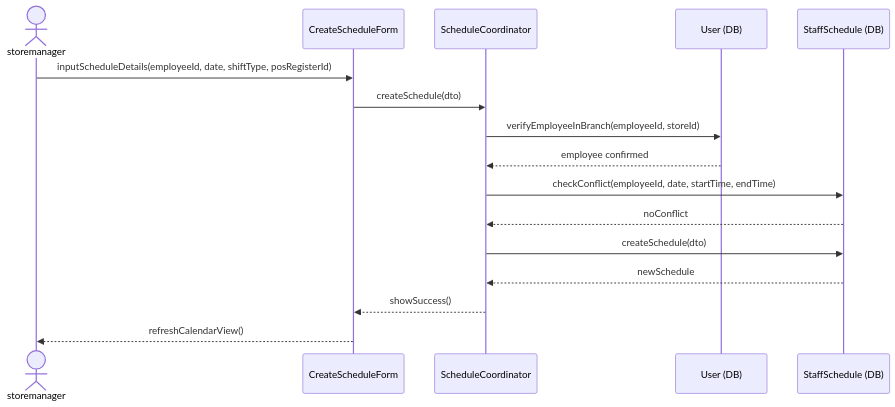
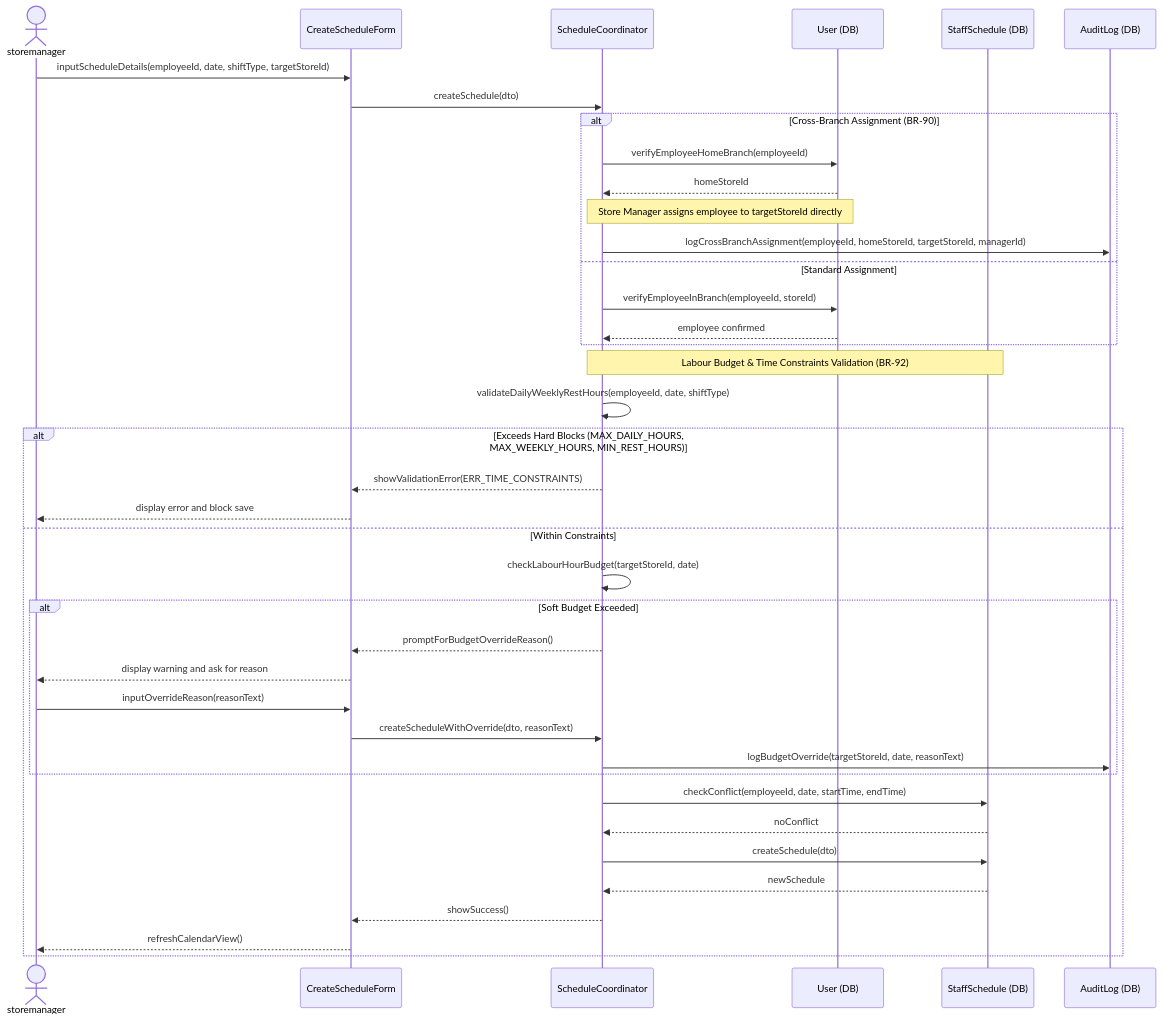
Before and after one commit to Shaichi/Khoga_coffe_shop: the second of 5 diagrams in rds_sections/12_detailed_3_9_staff_management.md, drawn with Mermaid. The commit also changed other lines of this file and 7 other files, not shown here.

Commit message:
docs: sync RDS database and diagrams with SRS and fix inventory deduction logic

````diff
--- a/rds_sections/12_detailed_3_9_staff_management.md
+++ b/rds_sections/12_detailed_3_9_staff_management.md
@@ -114,19 +119,46 @@
 ```mermaid
 sequenceDiagram
     actor storemanager
     participant CreateForm as CreateScheduleForm
     participant ScheduleCoord as ScheduleCoordinator
     participant UserDB as User (DB)
     participant ScheduleDB as StaffSchedule (DB)
+    participant AuditDB as AuditLog (DB)
 
-    storemanager->>CreateForm: inputScheduleDetails(employeeId, date, shiftType, posRegisterId)
+    storemanager->>CreateForm: inputScheduleDetails(employeeId, date, shiftType, targetStoreId)
     CreateForm->>ScheduleCoord: createSchedule(dto)
-    ScheduleCoord->>UserDB: verifyEmployeeInBranch(employeeId, storeId)
-    UserDB-->>ScheduleCoord: employee confirmed
-    ScheduleCoord->>ScheduleDB: checkConflict(employeeId, date, startTime, endTime)
-    ScheduleDB-->>ScheduleCoord: noConflict
-    ScheduleCoord->>ScheduleDB: createSchedule(dto)
-    ScheduleDB-->>ScheduleCoord: newSchedule
-    ScheduleCoord-->>CreateForm: showSuccess()
-    CreateForm-->>storemanager: refreshCalendarView()
+    
+    alt Cross-Branch Assignment (BR-90)
+        ScheduleCoord->>UserDB: verifyEmployeeHomeBranch(employeeId)
+        UserDB-->>ScheduleCoord: homeStoreId
+        Note over ScheduleCoord, UserDB: Store Manager assigns employee to targetStoreId directly
+        ScheduleCoord->>AuditDB: logCrossBranchAssignment(employeeId, homeStoreId, targetStoreId, managerId)
+    else Standard Assignment
+        ScheduleCoord->>UserDB: verifyEmployeeInBranch(employeeId, storeId)
+        UserDB-->>ScheduleCoord: employee confirmed
+    end
+
+    Note over ScheduleCoord, ScheduleDB: Labour Budget & Time Constraints Validation (BR-92)
+    ScheduleCoord->>ScheduleCoord: validateDailyWeeklyRestHours(employeeId, date, shiftType)
+    
+    alt Exceeds Hard Blocks (MAX_DAILY_HOURS, MAX_WEEKLY_HOURS, MIN_REST_HOURS)
+        ScheduleCoord-->>CreateForm: showValidationError(ERR_TIME_CONSTRAINTS)
+        CreateForm-->>storemanager: display error and block save
+    else Within Constraints
+        ScheduleCoord->>ScheduleCoord: checkLabourHourBudget(targetStoreId, date)
+        alt Soft Budget Exceeded
+            ScheduleCoord-->>CreateForm: promptForBudgetOverrideReason()
+            CreateForm-->>storemanager: display warning and ask for reason
+            storemanager->>CreateForm: inputOverrideReason(reasonText)
+            CreateForm->>ScheduleCoord: createScheduleWithOverride(dto, reasonText)
+            ScheduleCoord->>AuditDB: logBudgetOverride(targetStoreId, date, reasonText)
+        end
+        
+        ScheduleCoord->>ScheduleDB: checkConflict(employeeId, date, startTime, endTime)
+        ScheduleDB-->>ScheduleCoord: noConflict
+        ScheduleCoord->>ScheduleDB: createSchedule(dto)
+        ScheduleDB-->>ScheduleCoord: newSchedule
+        ScheduleCoord-->>CreateForm: showSuccess()
+        CreateForm-->>storemanager: refreshCalendarView()
+    end
 ```
````
